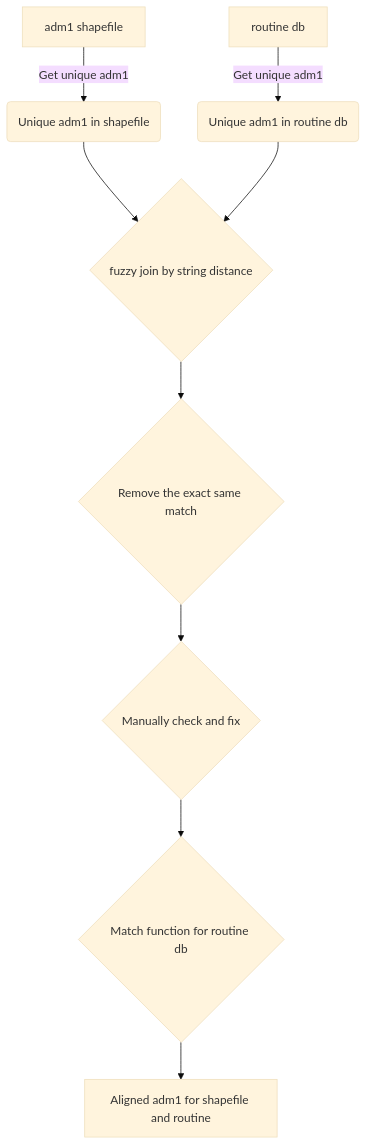
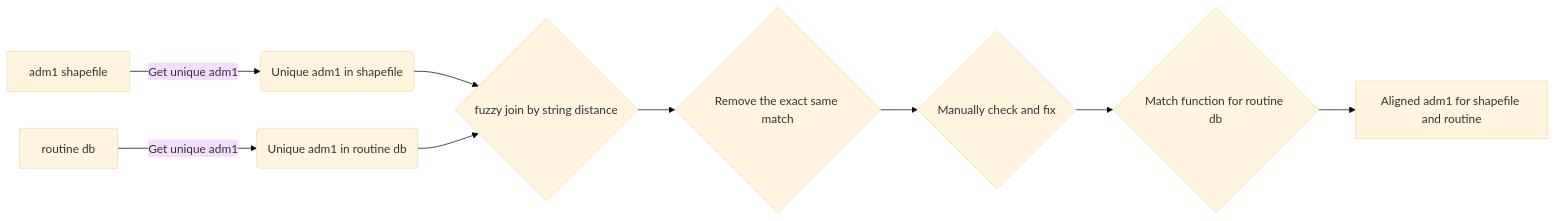
One commit to sepmein/stp_snt_2023 changed the second of 3 diagrams in README.md. Above: the diagram before and after it, drawn with Mermaid (base theme). The commit also changed other lines of this file and 5 other files, not shown here.

````diff
--- a/README.md
+++ b/README.md
@@ -239,11 +231,11 @@
 ```mermaid
-flowchart TD
+flowchart LR 
     A[adm1 shapefile] -->|Get unique adm1| B(Unique adm1 in shapefile)
     C[routine db] -->|Get unique adm1| D(Unique adm1 in routine db)
     B --> E{fuzzy join by string distance}
     D --> E
     E --> F{Remove the exact same match}
     F --> G{Manually check and fix}
     G --> H{Match function for routine db}
     H --> I[Aligned adm1 for shapefile and routine]
 ```
````
